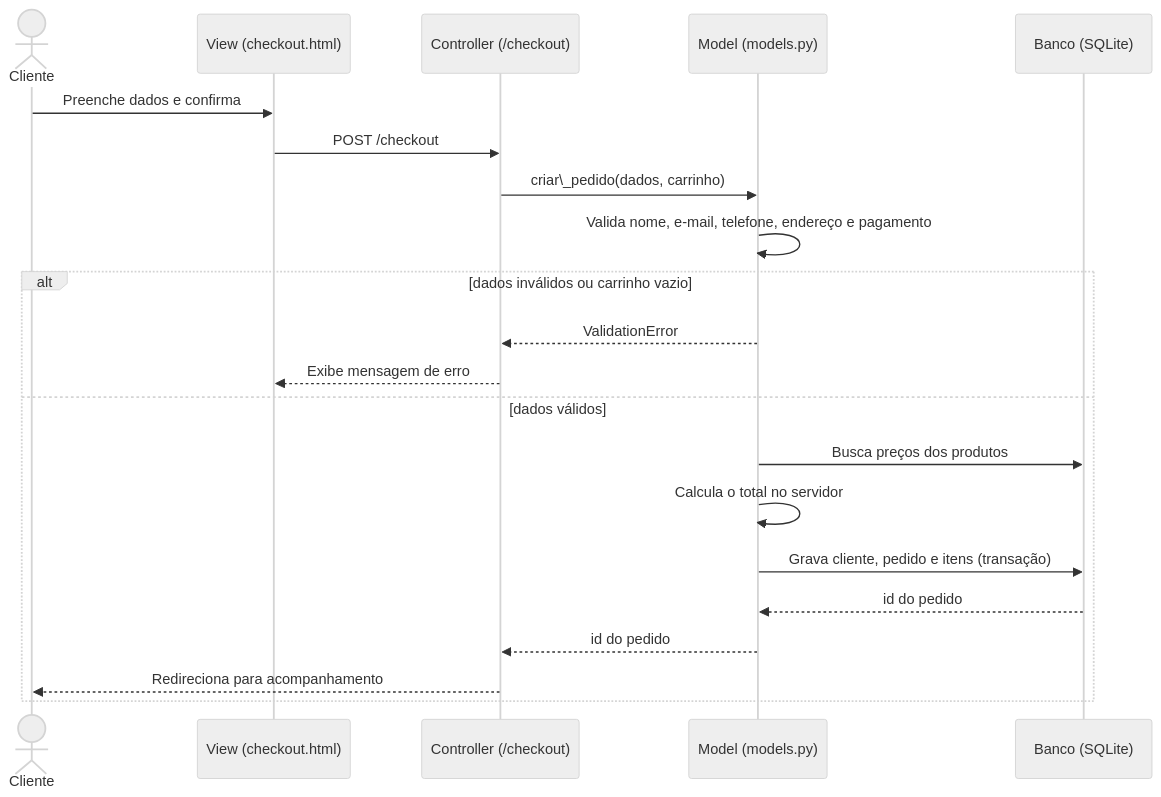
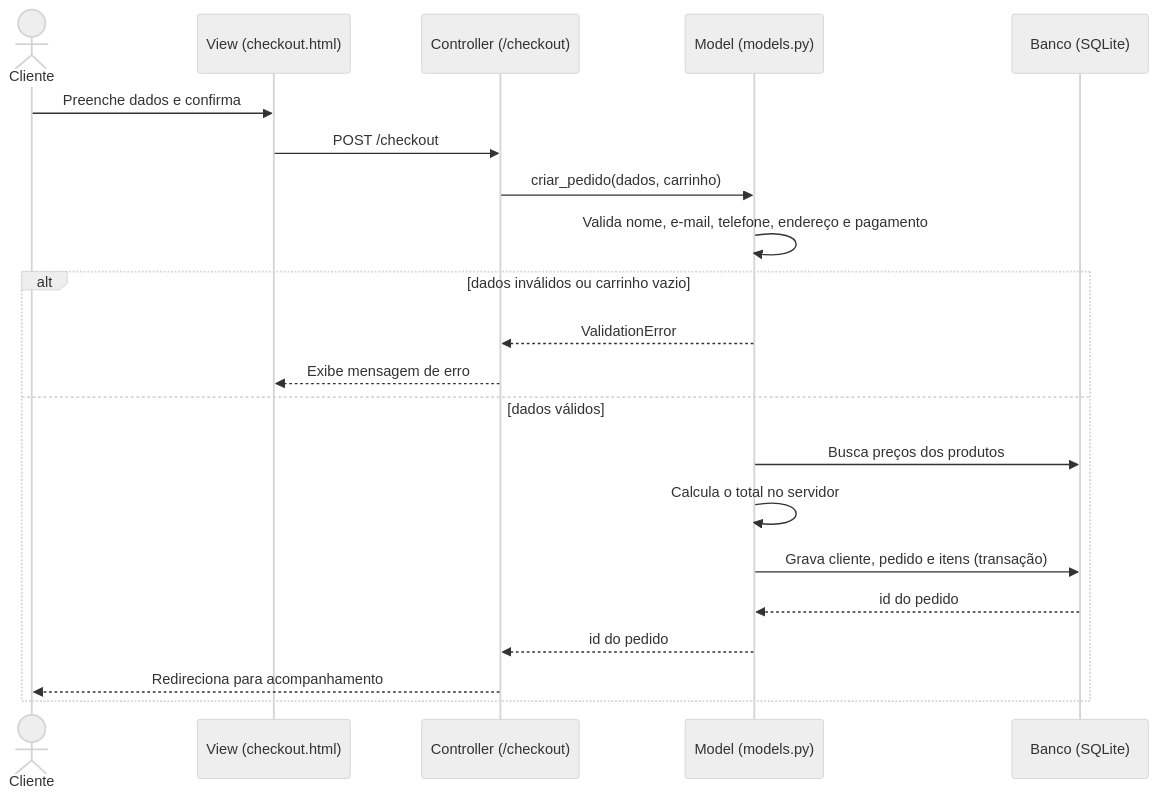
The third of 6 diagrams in docs/03_diagramas_uml.md (c3s4rAugust0/cupcakes-gourmet), drawn with Mermaid (neutral theme) before and after one commit. The commit also changed other lines of this file, not shown here.

````diff
--- a/docs/03_diagramas_uml.md
+++ b/docs/03_diagramas_uml.md
@@ -62,23 +62,23 @@
 ```mermaid
 sequenceDiagram
   actor Cliente
   participant V as View (checkout.html)
   participant C as Controller (/checkout)
   participant M as Model (models.py)
   participant B as Banco (SQLite)
   Cliente->>V: Preenche dados e confirma
   V->>C: POST /checkout
-  C->>M: criar\_pedido(dados, carrinho)
+  C->>M: criar_pedido(dados, carrinho)
   M->>M: Valida nome, e-mail, telefone, endereço e pagamento
   alt dados inválidos ou carrinho vazio
     M-->>C: ValidationError
     C-->>V: Exibe mensagem de erro
   else dados válidos
     M->>B: Busca preços dos produtos
     M->>M: Calcula o total no servidor
     M->>B: Grava cliente, pedido e itens (transação)
     B-->>M: id do pedido
     M-->>C: id do pedido
     C-->>Cliente: Redireciona para acompanhamento
   end
 ```
````
